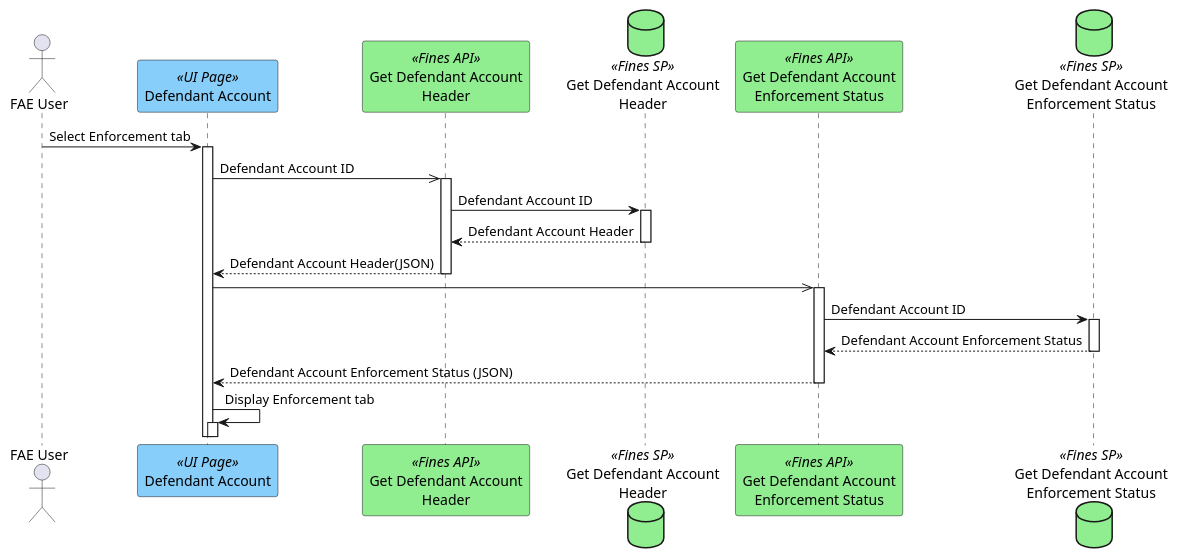
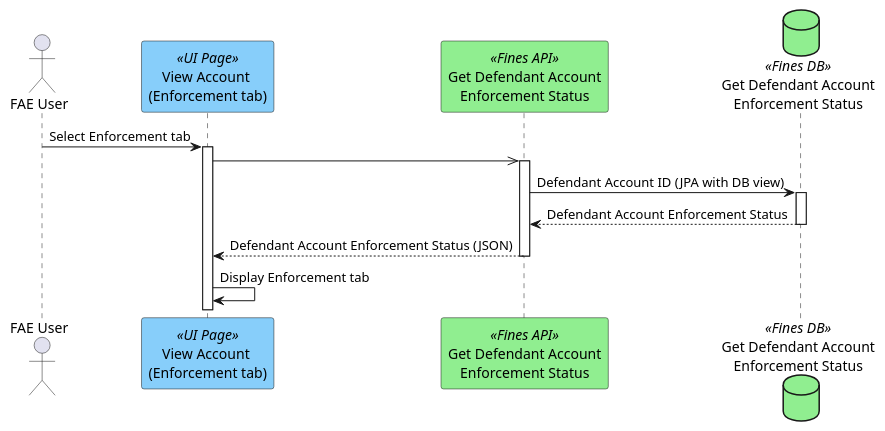
Before and after one commit to hmcts/opal-docs: the diagram in plantUML/fae-enforcement/fae-enforcement-view.puml, drawn with PlantUML.

Commit message:
view enforcement

```diff
--- a/plantUML/fae-enforcement/fae-enforcement-view.puml
+++ b/plantUML/fae-enforcement/fae-enforcement-view.puml
@@ -1,19 +1,12 @@
 @startuml
 actor "FAE User" as user
-participant "Defendant Account" as page <<UI Page>> #lightskyblue
-participant "Get Defendant Account\nHeader" as headapi <<Fines API>> #lightgreen
-database "Get Defendant Account\nHeader" as headdb <<Fines SP>>  #lightgreen
+participant "View Account \n(Enforcement tab)" as page <<UI Page>> #lightskyblue
 participant "Get Defendant Account\nEnforcement Status" as enfapi <<Fines API>> #lightgreen
-database "Get Defendant Account\nEnforcement Status" as enfdb <<Fines SP>>  #lightgreen
-autoactivate on
-user -> page : Select Enforcement tab
-page ->> headapi : Defendant Account ID
-headapi -> headdb : Defendant Account ID
-headapi <-- headdb : Defendant Account Header
-page <-- headapi : Defendant Account Header(JSON)
-page ->> enfapi
-enfapi -> enfdb : Defendant Account ID
-enfapi <-- enfdb : Defendant Account Enforcement Status
-page <-- enfapi : Defendant Account Enforcement Status (JSON)
+database "Get Defendant Account\nEnforcement Status" as enfdb <<Fines DB>>  #lightgreen
+user -> page ++: Select Enforcement tab
+page ->> enfapi ++
+enfapi -> enfdb ++ : Defendant Account ID (JPA with DB view)
+enfapi <-- enfdb --: Defendant Account Enforcement Status
+page <-- enfapi -- : Defendant Account Enforcement Status (JSON)
 page -> page : Display Enforcement tab
 @enduml
```
